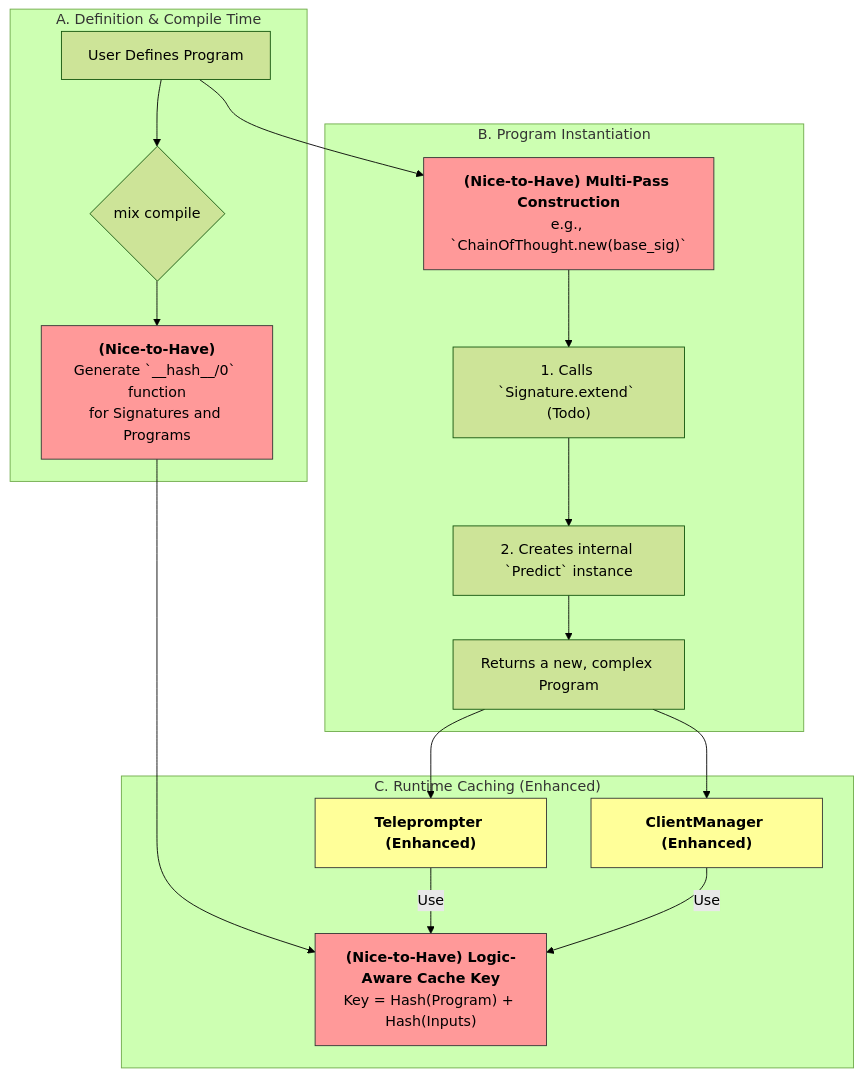
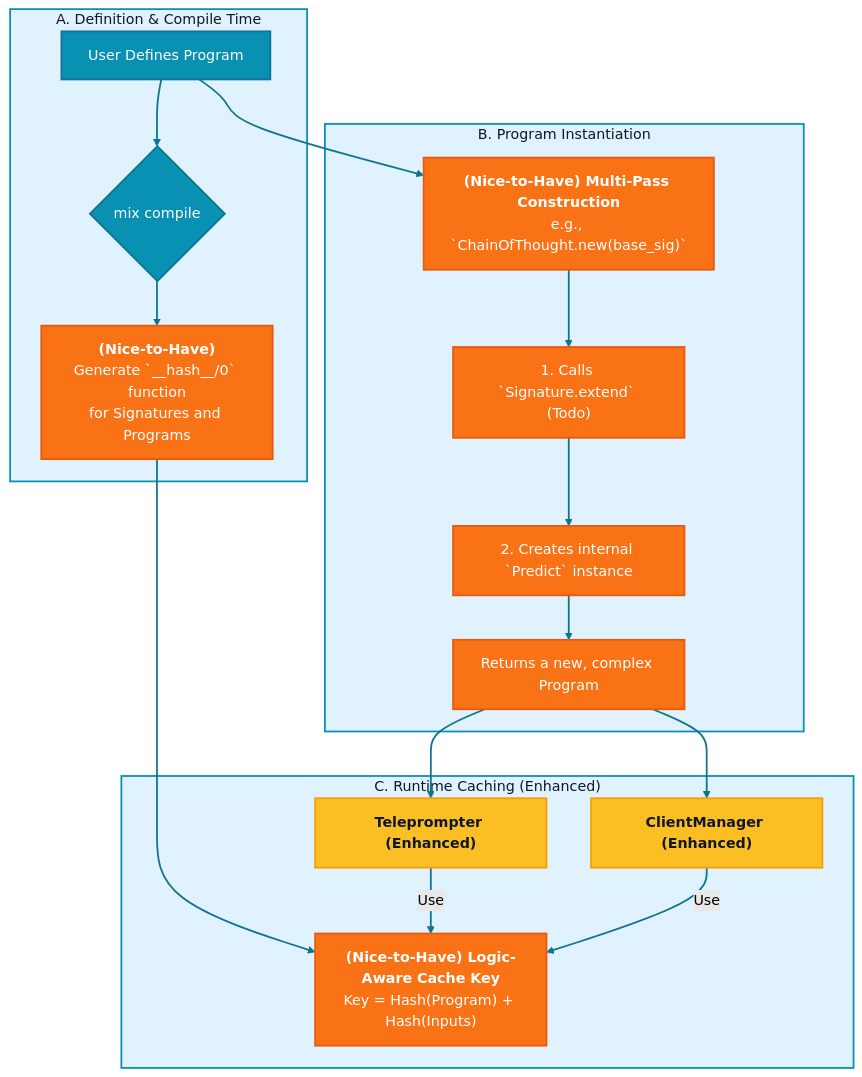
The fifth of 5 diagrams in baml_gap.md (nshkrdotcom/ds_ex), drawn with Mermaid (forest theme) before and after one commit. The commit also changed other lines of this file and 31 other files, not shown here.

````diff
--- a/baml_gap.md
+++ b/baml_gap.md
@@ -290,32 +332,45 @@
 ```mermaid
 graph TD
-    subgraph "A. Definition & Compile Time"
+    subgraph A["A. Definition & Compile Time"]
         A1[User Defines Program] --> A2{"`mix compile`"}
         A2 --> A3["<b>(Nice-to-Have)</b><br>Generate `__hash__/0` function<br>for Signatures and Programs"]
-        style A3 fill:#f99,stroke:#333
     end
 
-    subgraph "B. Program Instantiation"
+    subgraph B["B. Program Instantiation"]
         B1["<b>(Nice-to-Have) Multi-Pass Construction</b><br>e.g., `ChainOfThought.new(base_sig)`"]
         B2["1. Calls `Signature.extend` (Todo)"]
         B3["2. Creates internal `Predict` instance"]
         B4["Returns a new, complex Program"]
-        style B1 fill:#f99,stroke:#333
     end
     
-    subgraph "C. Runtime Caching (Enhanced)"
+    subgraph C["C. Runtime Caching (Enhanced)"]
         C1["<b>Teleprompter (Enhanced)</b>"]
         C2["<b>ClientManager (Enhanced)</b>"]
         C3["<b>(Nice-to-Have) Logic-Aware Cache Key</b><br>Key = Hash(Program) + Hash(Inputs)"]
-        style C1 fill:#ff9,stroke:#333
-        style C2 fill:#ff9,stroke:#333
-        style C3 fill:#f99,stroke:#333
     end
 
     A3 --> C3
     B4 --> C1 & C2
     C1 & C2 -- "Use" --> C3
     
     A1 --> B1
     B1 --> B2 --> B3 --> B4
+
+    %% BAML-inspired styling with semantic colors for DSPEx gaps
+    classDef setupPhase fill:#0891b2,stroke:#0e7490,stroke-width:2px,color:#fff
+    classDef concurrentEngine fill:#06b6d4,stroke:#0891b2,stroke-width:2px,color:#fff
+    classDef taskNode fill:#22d3ee,stroke:#0891b2,stroke-width:2px,color:#0f172a
+    classDef processNode fill:#67e8f9,stroke:#0891b2,stroke-width:2px,color:#0f172a
+    classDef resultNode fill:#a7f3d0,stroke:#059669,stroke-width:1px,color:#0f172a
+    classDef todoNew fill:#f97316,stroke:#ea580c,stroke-width:2px,color:#fff
+    classDef needsChanges fill:#fbbf24,stroke:#f59e0b,stroke-width:2px,color:#0f172a
+    classDef subgraphTitleTop fill:#e0f2fe,stroke:#0891b2,stroke-width:2px,color:#0f172a
+
+    class A1,A2 setupPhase
+    class A3,B1,B2,B3,B4,C3 todoNew
+    class C1,C2 needsChanges
+    class A,B,C subgraphTitleTop
+
+    %% BAML brand styling for arrows
+    linkStyle default stroke:#0e7490,stroke-width:2px
 ```
````
